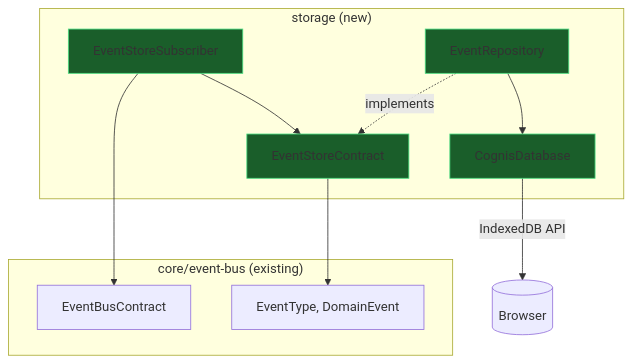
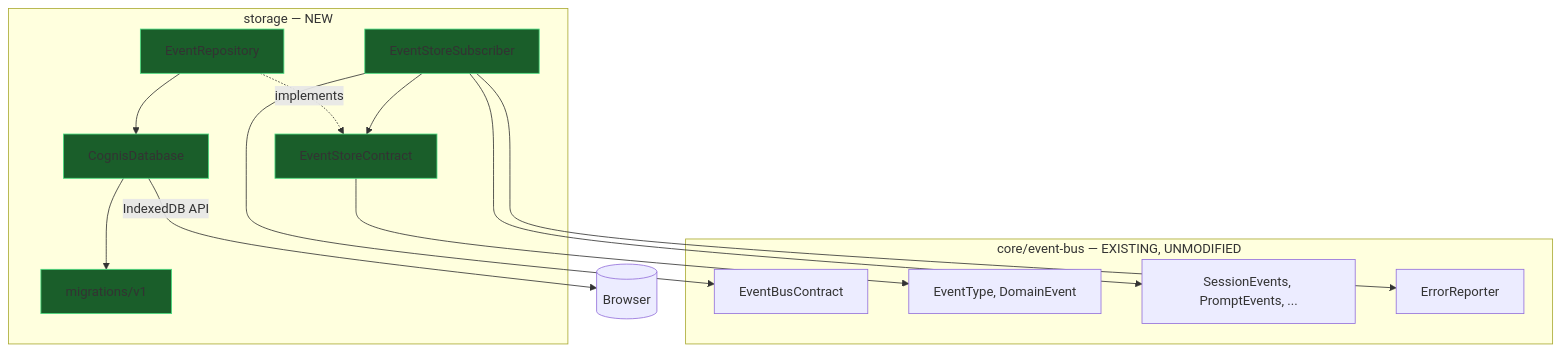
One commit to prajein/cognis changed the fourth of 5 diagrams in docs/implementation-plans/indexeddb-event-store-implementation-plan.md. Above: the diagram before and after it, drawn with Mermaid. The commit also changed other lines of this file and 7 other files, not shown here.

First line of the commit message:
feat(storage): implement IndexedDB Event Store persistence layer

````diff
--- a/docs/implementation-plans/indexeddb-event-store-implementation-plan.md
+++ b/docs/implementation-plans/indexeddb-event-store-implementation-plan.md
@@ -523,26 +623,33 @@
 ```mermaid
 graph TD
-    subgraph "core/event-bus (existing)"
+    subgraph "core/event-bus — EXISTING, UNMODIFIED"
         EB_Contract["EventBusContract"]
         EB_Types["EventType, DomainEvent"]
+        EB_Registry["SessionEvents, PromptEvents, ..."]
+        EB_ErrorReporter["ErrorReporter"]
     end
 
-    subgraph "storage (new)"
+    subgraph "storage — NEW"
         EST["EventStoreContract"]
         ESS["EventStoreSubscriber"]
         ER["EventRepository"]
         CDB["CognisDatabase"]
+        MIG["migrations/v1"]
     end
 
     EST --> EB_Types
     ESS --> EB_Contract
+    ESS --> EB_Registry
+    ESS --> EB_ErrorReporter
     ESS --> EST
     ER -.->|implements| EST
     ER --> CDB
-    CDB --> |IndexedDB API| IDB[("Browser")]
+    CDB --> MIG
+    CDB -->|IndexedDB API| IDB[("Browser")]
 
     style EST fill:#1a5e2a,stroke:#4ade80
     style ESS fill:#1a5e2a,stroke:#4ade80
     style ER fill:#1a5e2a,stroke:#4ade80
     style CDB fill:#1a5e2a,stroke:#4ade80
+    style MIG fill:#1a5e2a,stroke:#4ade80
 ```
````
